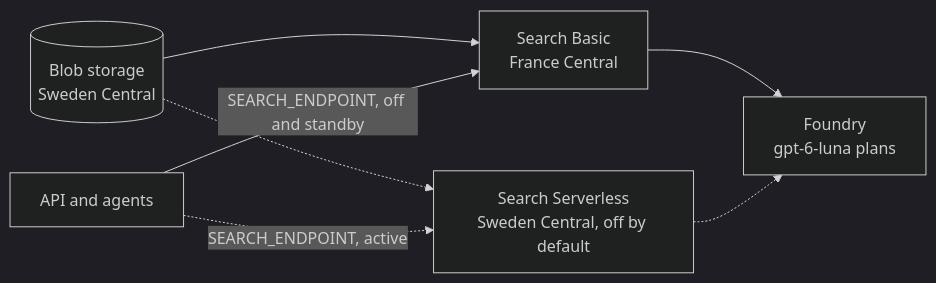
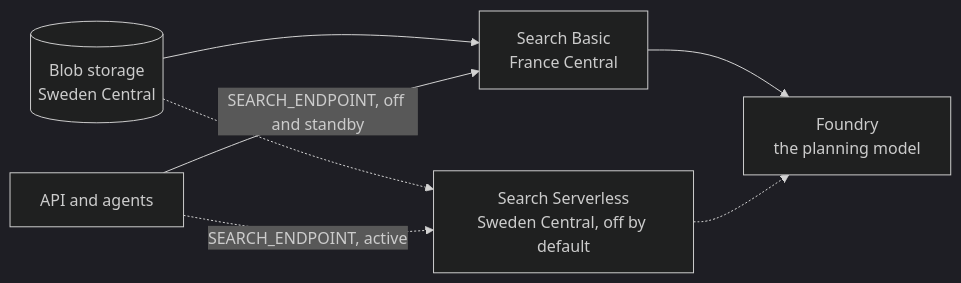
One commit to mklab-se/voltrieve changed the diagram in docs/superpowers/specs/2026-11-24-search-foundry-iq-design.md. Above: the diagram before and after it, drawn with Mermaid (dark theme). The commit also changed other lines of this file and 18 other files, not shown here.

````diff
--- a/docs/superpowers/specs/2026-11-24-search-foundry-iq-design.md
+++ b/docs/superpowers/specs/2026-11-24-search-foundry-iq-design.md
@@ -110,14 +112,14 @@
 ```mermaid
 flowchart LR
     Storage[("Blob storage<br/>Sweden Central")]
-    Foundry["Foundry<br/>gpt-6-luna plans"]
+    Foundry["Foundry<br/>the planning model"]
     Basic["Search Basic<br/>France Central"]
     Serverless["Search Serverless<br/>Sweden Central, off by default"]
     API["API and agents"]
     Storage --> Basic
     Storage -.-> Serverless
     Basic --> Foundry
     Serverless -.-> Foundry
     API -->|"SEARCH_ENDPOINT, off and standby"| Basic
     API -.->|"SEARCH_ENDPOINT, active"| Serverless
 ```
````
